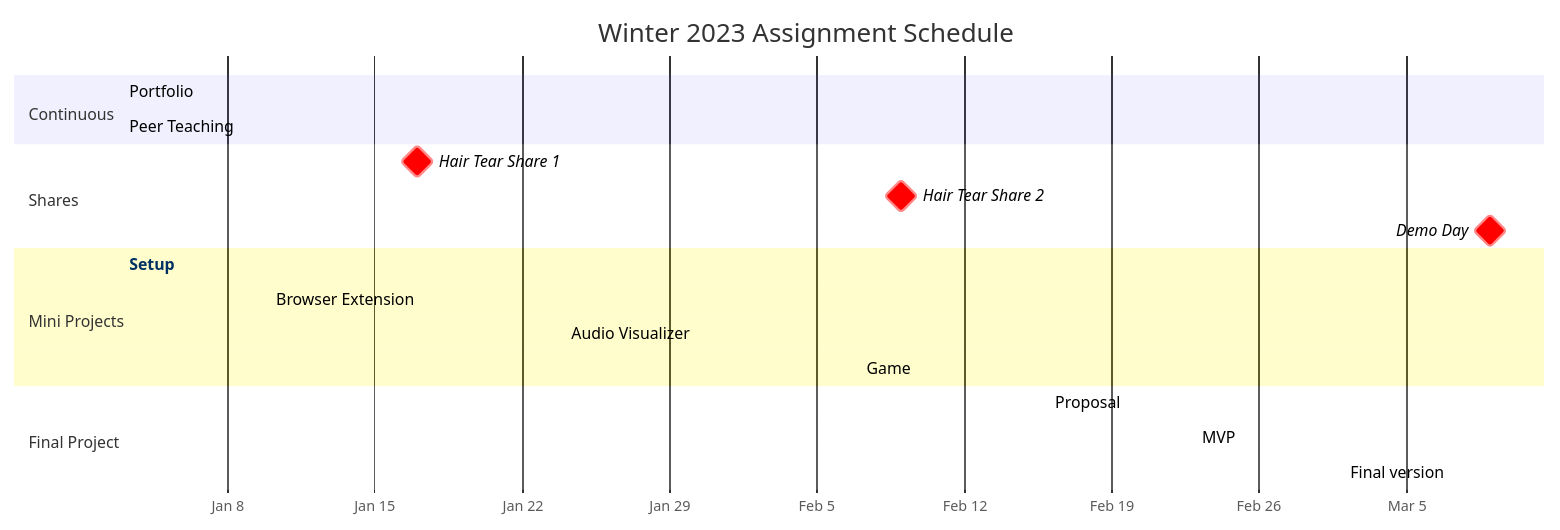
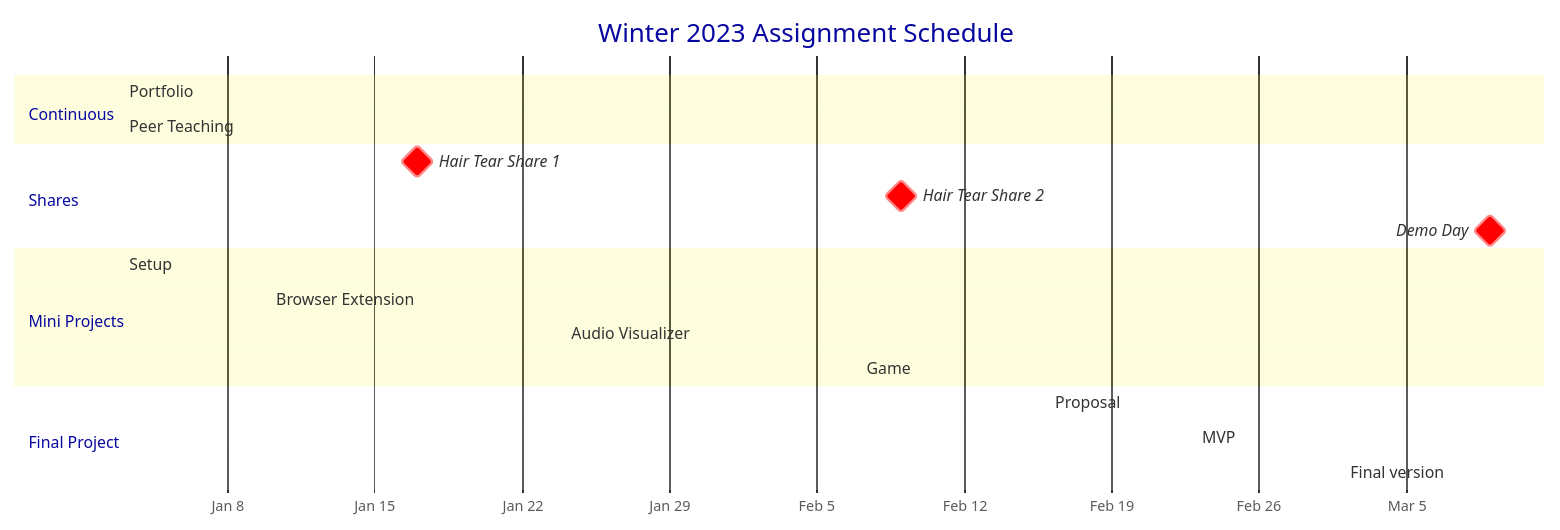
Before and after one commit to branchwelder/web-technologies: the diagram in README.md, drawn with Mermaid. The commit also changed 2 other files, not shown here.

Commit message:
Iterate on schedule

````diff
--- a/README.md
+++ b/README.md
@@ -13,27 +17,40 @@
 ```mermaid
+%%{
+  init: {
+    'theme': 'base',
+    'gantt': {
+        'numberSectionStyles': '2'
+    },
+    'themeVariables': {
+      'fontFamily': 'monospace',
+      'primaryColor': '#8c9aee',
+      'primaryBorderColor': '#3C56E2',
+      'tertiaryColor': '#f7f75e'
+    }
+  }
+}%%
+
 gantt
 title Winter 2023 Assignment Schedule
 axisFormat  %b %e
 
 section Continuous
 Portfolio             :active,          prf,  2023-01-03, 2023-03-17
 Peer Teaching         :active,          pte, 2023-01-03, 2023-03-17
 
 section Shares
 Hair Tear Share 1     :milestone, crit, hts, 2023-01-17, 0d
 Hair Tear Share 2     :milestone, crit, hts, 2023-02-09, 0d
 Demo Day              :milestone, crit, dem, 2023-03-09, 0d
 
 section Mini Projects
 Setup                 :active,          mp0, 2023-01-03, 2023-01-10
 Browser Extension     :                 mp1, 2023-01-10, 2023-01-24
 Audio Visualizer      :                 mp2, 2023-01-24, 2023-02-07
 Game                  :                 mp3, 2023-02-07, 2023-02-21
 
 section Final Project
 Proposal              :                 fp0, 2023-02-16, 2023-02-23
 MVP                   :                 fp1, 2023-02-23, 2023-03-02
 Final version         :                 fp2, 2023-03-02, 2023-03-17
-
-click mp0 href "https://github.com/branchwelder/web-technologies/tree/main/projects/mp0_portfolio"
 ```
````
